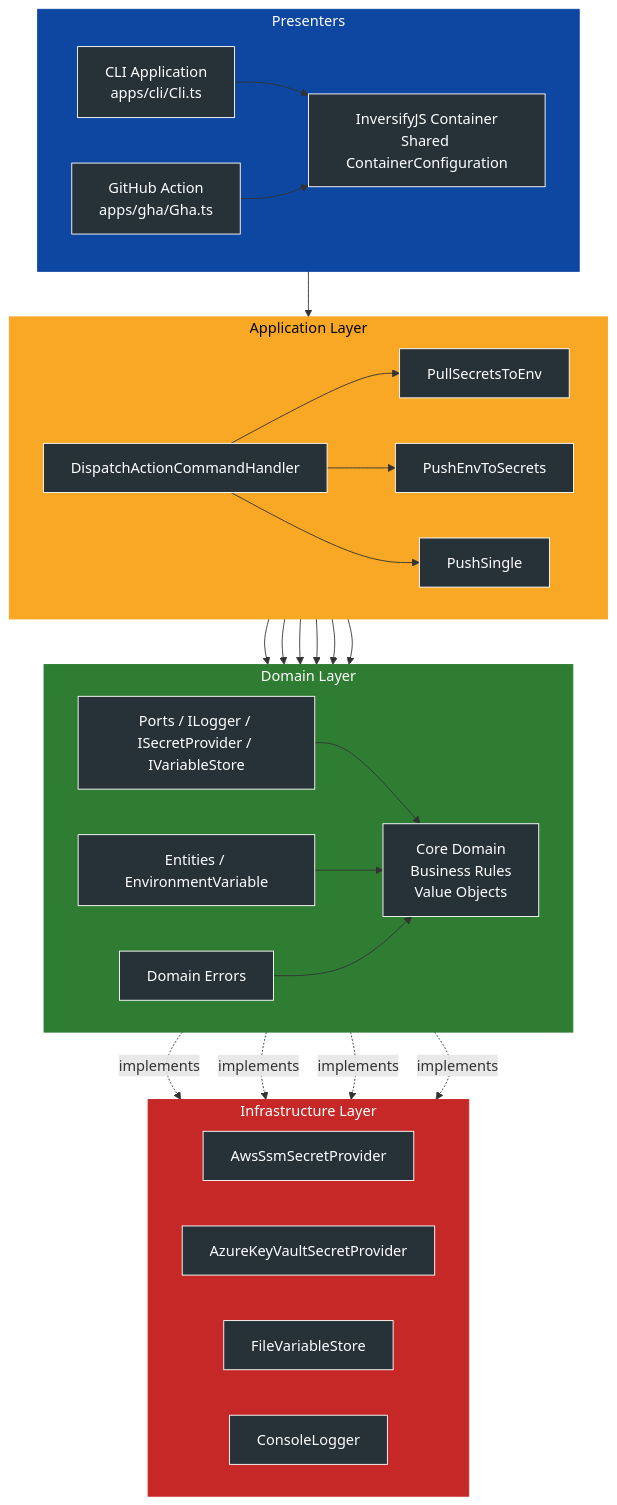
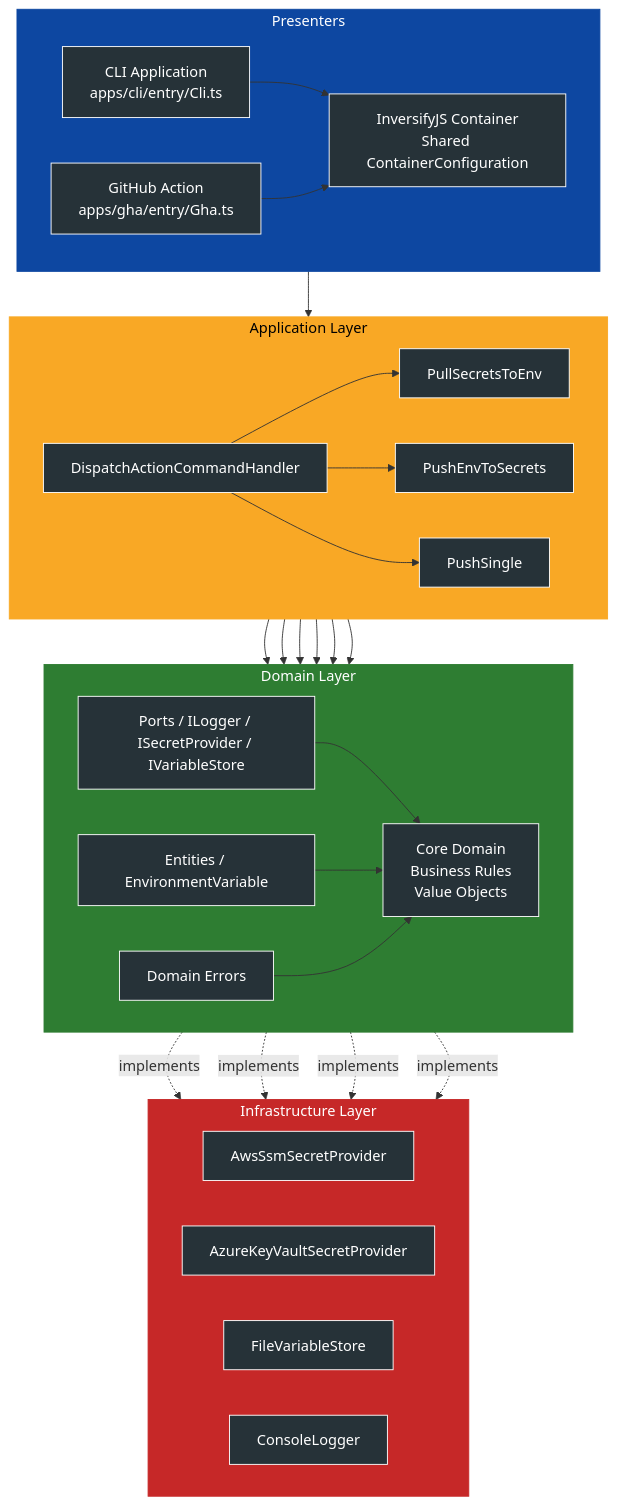
One commit to macalbert/envilder changed the first of 6 diagrams in docs/architecture/README.md. Above: the diagram before and after it, drawn with Mermaid. The commit also changed other lines of this file and 161 other files, not shown here.

````diff
--- a/docs/architecture/README.md
+++ b/docs/architecture/README.md
@@ -20,80 +20,80 @@
 ```mermaid
 flowchart TB
 
 %% ==== STYLES ====
 classDef node fill:#263238,stroke:#FFFFFF,color:#FFFFFF;
 
 %% ================= INFRASTRUCTURE LAYER (RED BG) =================
 subgraph INFRA["Infrastructure Layer"]
     direction LR
     AWS[AwsSsmSecretProvider]
     AZURE[AzureKeyVaultSecretProvider]
     FILE[FileVariableStore]
     LOG[ConsoleLogger]
 end
 class AWS,AZURE,FILE,LOG node
 style INFRA fill:#C62828,stroke:#C62828,color:#FFFFFF
 
 %% ================= APPLICATION LAYER (YELLOW BG) =================
 subgraph APP["Application Layer"]
     direction LR
     DISPATCH[DispatchActionCommandHandler]
     PULL[PullSecretsToEnv]
     PUSH[PushEnvToSecrets]
     SINGLE[PushSingle]
 end
 class DISPATCH,PULL,PUSH,SINGLE node
 style APP fill:#F9A825,stroke:#F9A825,color:#000000
 
 %% ================= DOMAIN LAYER (GREEN BG, WITH CORE) =================
 subgraph DOMAIN["Domain Layer"]
     direction LR
     PORTS[Ports / ILogger / ISecretProvider / IVariableStore]
     ERR[Domain Errors]
     ENT[Entities / EnvironmentVariable]
     CORE[Core Domain<br/>Business Rules<br/>Value Objects]
 end
 class PORTS,ERR,ENT,CORE node
 style DOMAIN fill:#2E7D32,stroke:#2E7D32,color:#FFFFFF
 
 %% ================= PRESENTERS + DI (BLUE BG) =================
 subgraph PRESENTERS["Presenters"]
     direction LR
-    CLI[CLI Application<br/>apps/cli/Cli.ts]
-    GHA[GitHub Action<br/>apps/gha/Gha.ts]
+    CLI[CLI Application<br/>apps/cli/entry/Cli.ts]
+    GHA[GitHub Action<br/>apps/gha/entry/Gha.ts]
     DI[InversifyJS Container<br/>Shared ContainerConfiguration]
 end
 class CLI,GHA,DI node
 style PRESENTERS fill:#0D47A1,stroke:#0D47A1,color:#FFFFFF
 
 %% ================= FLOWS =================
 
 %% Presenters → DI → App
 CLI --> DI
 GHA --> DI
 DI --> DISPATCH
 
 %% App → Domain
 DISPATCH --> PULL
 DISPATCH --> PUSH
 DISPATCH --> SINGLE
 
 PULL --> PORTS
 PUSH --> PORTS
 SINGLE --> PORTS
 
 PULL --> ENT
 PUSH --> ENT
 SINGLE --> ENT
 
 %% Domain → Core
 PORTS --> CORE
 ENT --> CORE
 ERR --> CORE
 
 %% Infra → Domain (implement ports)
 PORTS -.implements.-> AWS
 PORTS -.implements.-> AZURE
 PORTS -.implements.-> FILE
 PORTS -.implements.-> LOG
 ```
````
